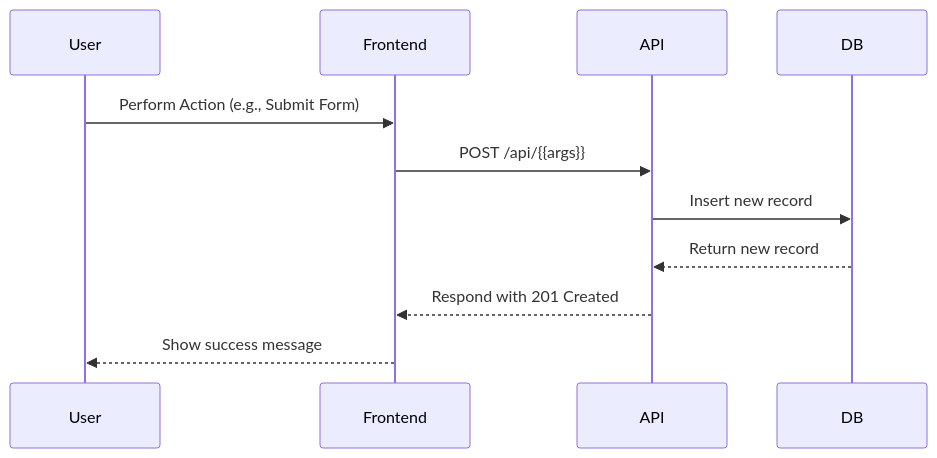
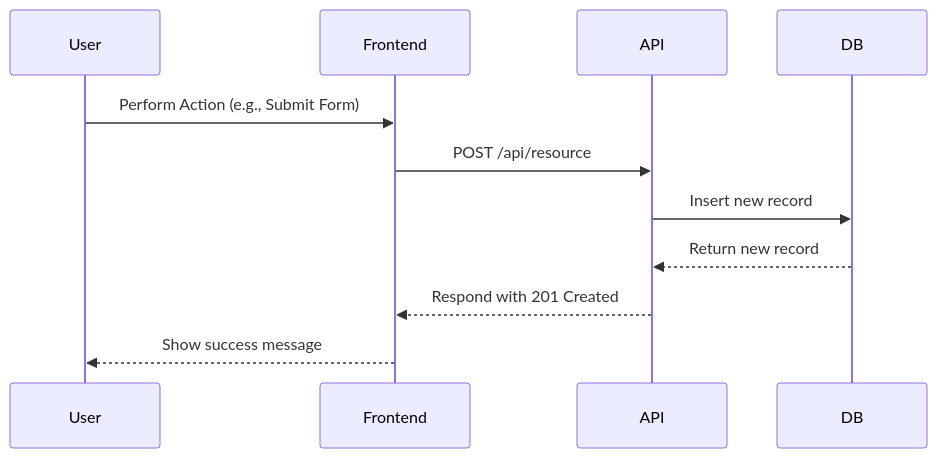
Before and after one commit to didy-kpn/gc-doc: the fourth of 7 diagrams in .gemini/templates/spec/design-template.md, drawn with Mermaid. The commit also changed other lines of this file and 7 other files, not shown here.

````diff
--- a/.gemini/templates/spec/design-template.md
+++ b/.gemini/templates/spec/design-template.md
@@ -35,14 +63,14 @@
 ```mermaid
 sequenceDiagram
     participant User
     participant Frontend
     participant API
     participant DB
     
     User->>Frontend: Perform Action (e.g., Submit Form)
-    Frontend->>API: POST /api/{{args}}
+    Frontend->>API: POST /api/resource
     API->>DB: Insert new record
     DB-->>API: Return new record
     API-->>Frontend: Respond with 201 Created
     Frontend-->>User: Show success message
 ```
````
